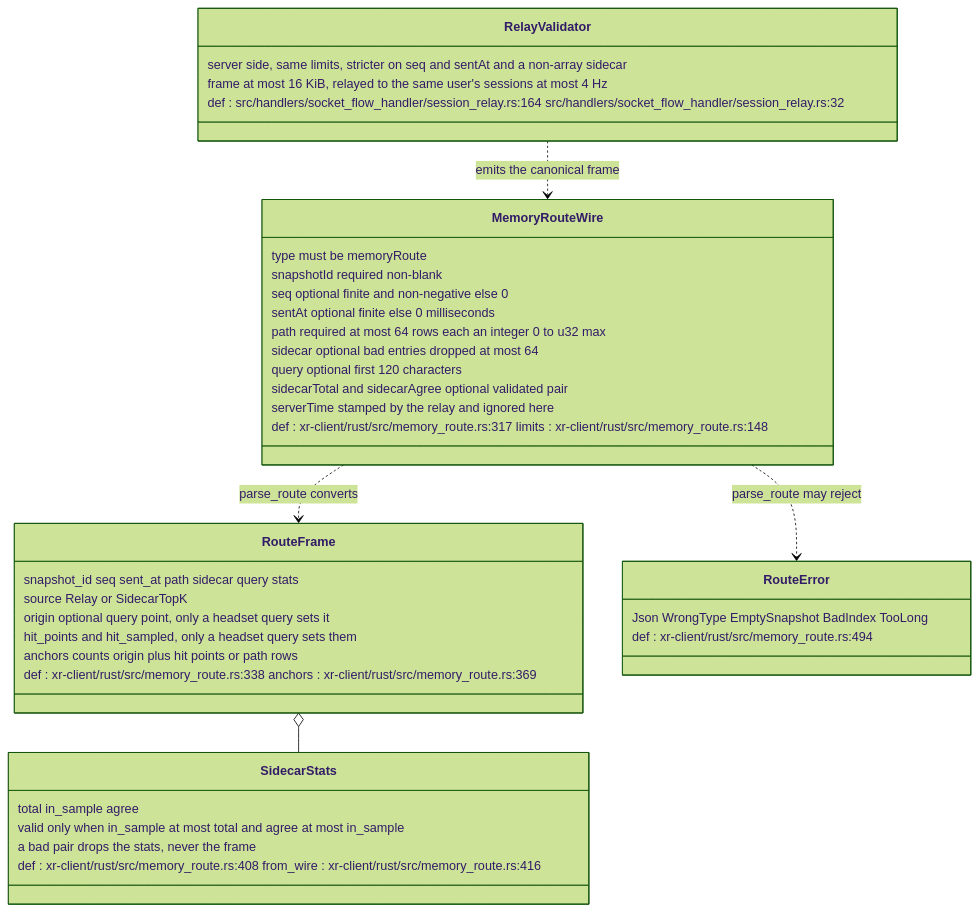
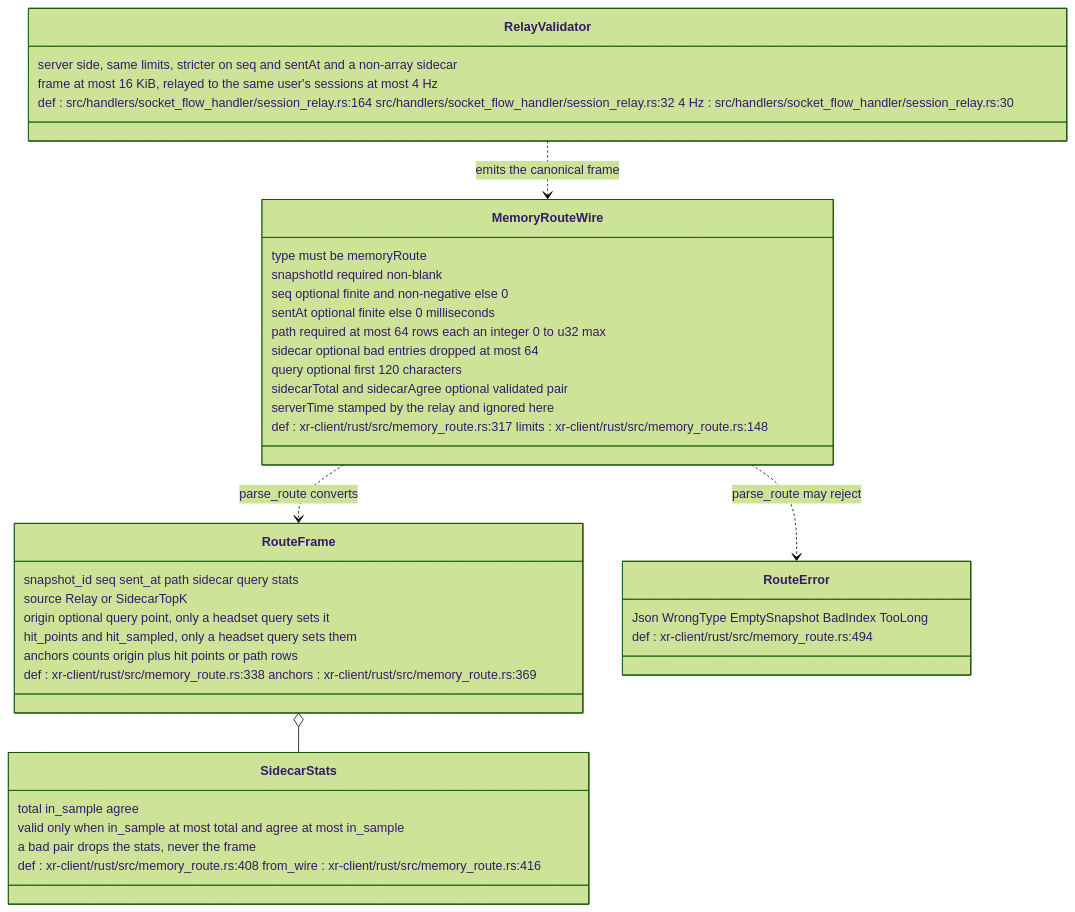
One commit to DreamLab-AI/VisionFlow changed the seventh of 19 diagrams in docs/diagrams/visionclaw/38-xr-memory-cloud-internals.md. Above: the diagram before and after it, drawn with Mermaid (forest theme). The commit also changed other lines of this file and 173 other files, not shown here.

````diff
--- a/docs/diagrams/visionclaw/38-xr-memory-cloud-internals.md
+++ b/docs/diagrams/visionclaw/38-xr-memory-cloud-internals.md
@@ -296,42 +296,42 @@
 ```mermaid
 classDiagram
     class MemoryRouteWire {
         type must be memoryRoute
         snapshotId required non-blank
         seq optional finite and non-negative else 0
         sentAt optional finite else 0 milliseconds
         path required at most 64 rows each an integer 0 to u32 max
         sidecar optional bad entries dropped at most 64
         query optional first 120 characters
         sidecarTotal and sidecarAgree optional validated pair
         serverTime stamped by the relay and ignored here
         def : xr-client/rust/src/memory_route.rs:317 limits : xr-client/rust/src/memory_route.rs:148
     }
     class RouteFrame {
         snapshot_id seq sent_at path sidecar query stats
         source Relay or SidecarTopK
         origin optional query point, only a headset query sets it
         hit_points and hit_sampled, only a headset query sets them
         anchors counts origin plus hit points or path rows
         def : xr-client/rust/src/memory_route.rs:338 anchors : xr-client/rust/src/memory_route.rs:369
     }
     class SidecarStats {
         total in_sample agree
         valid only when in_sample at most total and agree at most in_sample
         a bad pair drops the stats, never the frame
         def : xr-client/rust/src/memory_route.rs:408 from_wire : xr-client/rust/src/memory_route.rs:416
     }
     class RouteError {
         Json WrongType EmptySnapshot BadIndex TooLong
         def : xr-client/rust/src/memory_route.rs:494
     }
     class RelayValidator {
         server side, same limits, stricter on seq and sentAt and a non-array sidecar
         frame at most 16 KiB, relayed to the same user's sessions at most 4 Hz
-        def : src/handlers/socket_flow_handler/session_relay.rs:164 src/handlers/socket_flow_handler/session_relay.rs:32
+        def : src/handlers/socket_flow_handler/session_relay.rs:164 src/handlers/socket_flow_handler/session_relay.rs:32 4 Hz : src/handlers/socket_flow_handler/session_relay.rs:30
     }
     MemoryRouteWire ..> RouteFrame : parse_route converts
     MemoryRouteWire ..> RouteError : parse_route may reject
     RouteFrame o-- SidecarStats
     RelayValidator ..> MemoryRouteWire : emits the canonical frame
 ```
````
